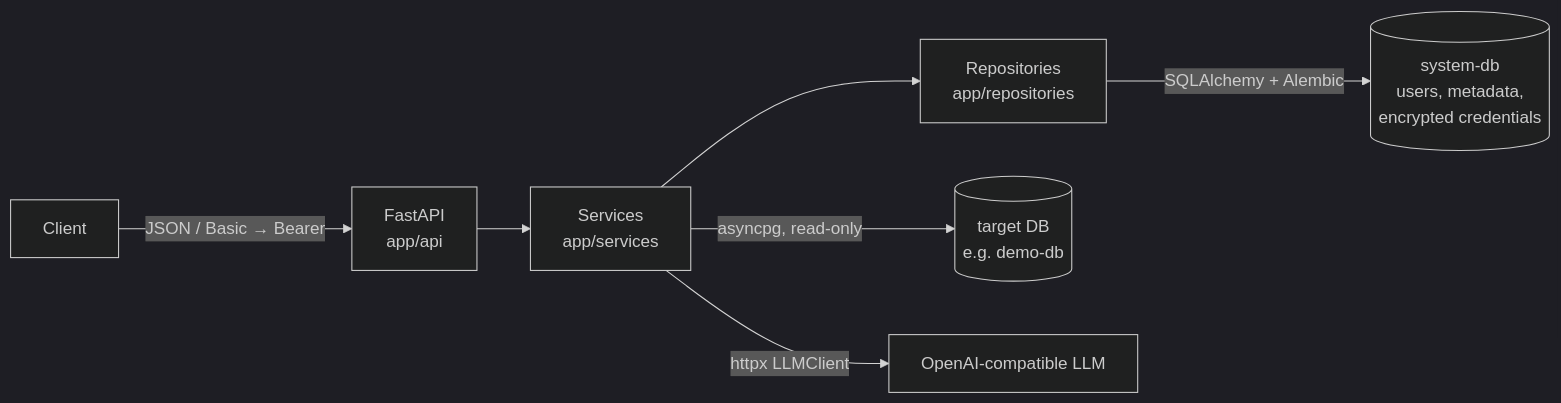
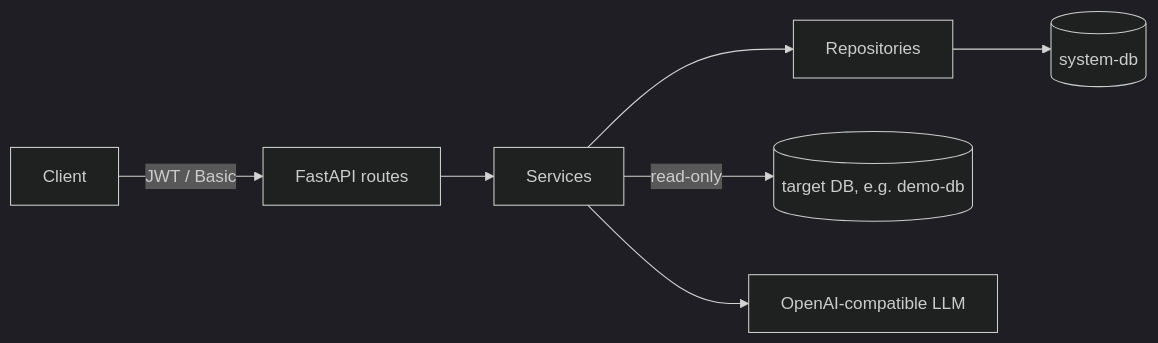
The diagram in LLM_based_python/README.md (kubrafelek/LLM-Based-Database-Data-System), drawn with Mermaid (dark theme) before and after one commit. The commit also changed other lines of this file and 2 other files, not shown here.

````diff
--- a/LLM_based_python/README.md
+++ b/LLM_based_python/README.md
@@ -11,9 +11,9 @@
 ```mermaid
 flowchart LR
-    Client -->|JSON / Basic → Bearer| API[FastAPI<br/>app/api]
-    API --> SVC[Services<br/>app/services]
-    SVC --> REPO[Repositories<br/>app/repositories]
-    REPO -->|SQLAlchemy + Alembic| SYS[(system-db<br/>users, metadata,<br/>encrypted credentials)]
-    SVC -->|asyncpg, read-only| TGT[(target DB<br/>e.g. demo-db)]
-    SVC -->|httpx LLMClient| LLM[OpenAI-compatible LLM]
+    Client -->|JWT / Basic| API[FastAPI routes]
+    API --> SVC[Services]
+    SVC --> REPO[Repositories]
+    REPO --> SYS[(system-db)]
+    SVC -->|read-only| TGT[(target DB, e.g. demo-db)]
+    SVC --> LLM[OpenAI-compatible LLM]
 ```
````
